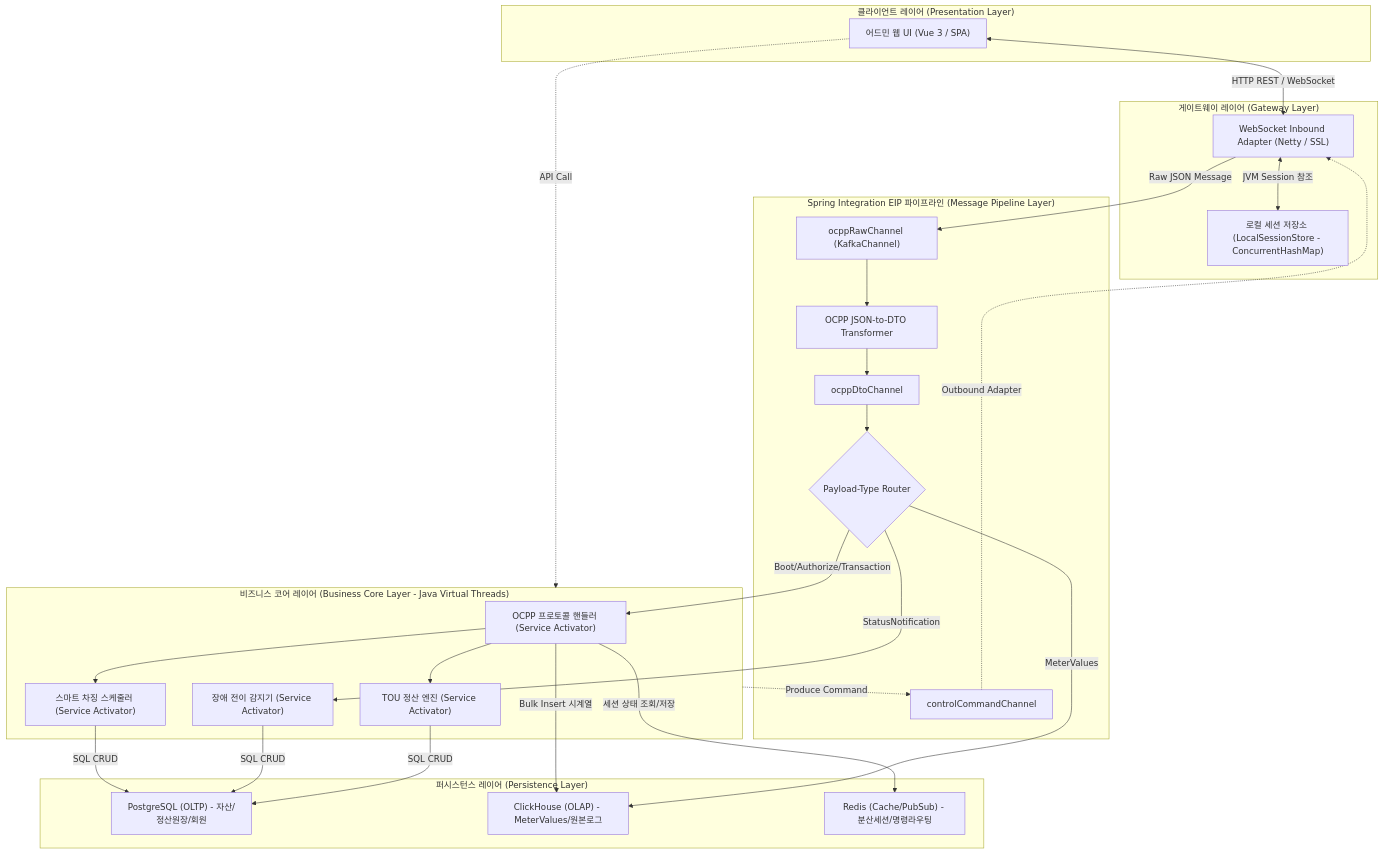
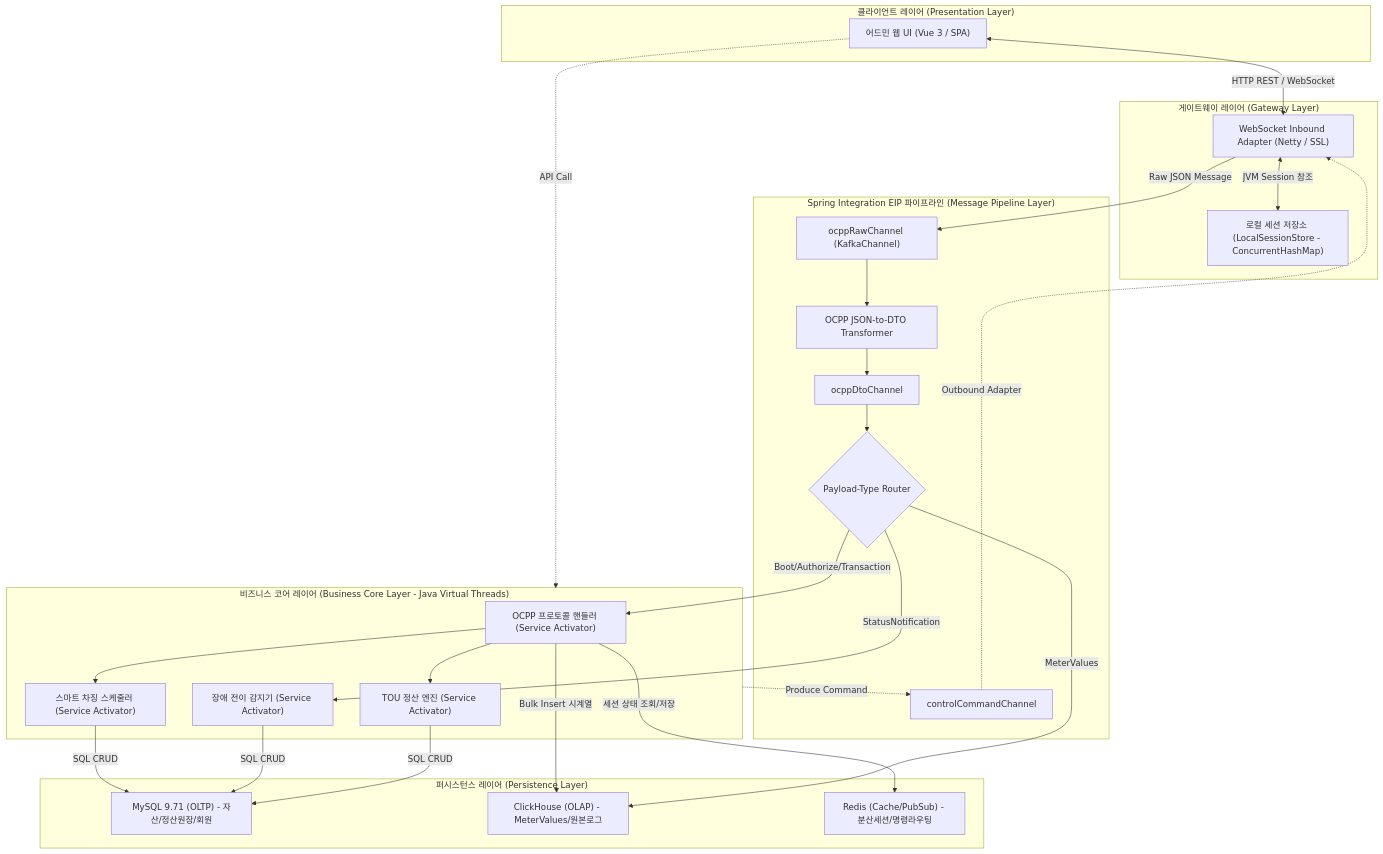
The sixth of 10 diagrams in doc/01.standard_solution/01.prd.md (h2y-hyhong2/h2y-ocpp), drawn with Mermaid before and after one commit. The commit also changed other lines of this file and 20 other files, not shown here.

````diff
--- a/doc/01.standard_solution/01.prd.md
+++ b/doc/01.standard_solution/01.prd.md
@@ -418,53 +432,53 @@
 ```mermaid
 flowchart TD
     subgraph Client ["클라이언트 레이어 (Presentation Layer)"]
         UI["어드민 웹 UI (Vue 3 / SPA)"]
     end
 
     subgraph GW ["게이트웨이 레이어 (Gateway Layer)"]
         WS["WebSocket Inbound Adapter (Netty / SSL)"]
         SessionStore["로컬 세션 저장소 (LocalSessionStore - ConcurrentHashMap)"]
         WS <-->|JVM Session 참조| SessionStore
     end
 
     subgraph SI_Layer ["Spring Integration EIP 파이프라인 (Message Pipeline Layer)"]
         RawCh["ocppRawChannel (KafkaChannel)"]
         Transformer["OCPP JSON-to-DTO Transformer"]
         DtoCh["ocppDtoChannel"]
         Router{"Payload-Type Router"}
         CtrlCh["controlCommandChannel"]
     end
 
     subgraph Core ["비즈니스 코어 레이어 (Business Core Layer - Java Virtual Threads)"]
         OCPPAgent["OCPP 프로토콜 핸들러 (Service Activator)"]
         SettEngine["TOU 정산 엔진 (Service Activator)"]
         FaultMgr["장애 전이 감지기 (Service Activator)"]
         SmartCharger["스마트 차징 스케줄러 (Service Activator)"]
     end
 
     subgraph DB ["퍼시스턴스 레이어 (Persistence Layer)"]
-        Postgres["PostgreSQL (OLTP) - 자산/정산원장/회원"]
+        MySql["MySQL 9.71 (OLTP) - 자산/정산원장/회원"]
         ClickHouse["ClickHouse (OLAP) - MeterValues/원본로그"]
         Redis["Redis (Cache/PubSub) - 분산세션/명령라우팅"]
     end
 
     %% 업링크 데이터 흐름 (충전기 → 시스템)
     UI <-->|HTTP REST / WebSocket| WS
     WS -->|Raw JSON Message| RawCh
     RawCh --> Transformer
     Transformer --> DtoCh
     DtoCh --> Router
     Router -->|Boot/Authorize/Transaction| OCPPAgent
     Router -->|MeterValues| ClickHouse
     Router -->|StatusNotification| FaultMgr
     OCPPAgent --> SettEngine & SmartCharger
     
-    SettEngine & FaultMgr & SmartCharger -->|SQL CRUD| Postgres
+    SettEngine & FaultMgr & SmartCharger -->|SQL CRUD| MySql
     OCPPAgent -->|Bulk Insert 시계열| ClickHouse
     OCPPAgent -->|세션 상태 조회/저장| Redis
     
     %% 다운링크 제어 흐름 (관리자 → 충전기)
     UI -.->|API Call| Core
     Core -.->|Produce Command| CtrlCh
     CtrlCh -.->|Outbound Adapter| WS
 ```
````
